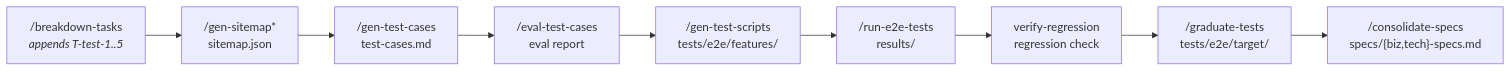
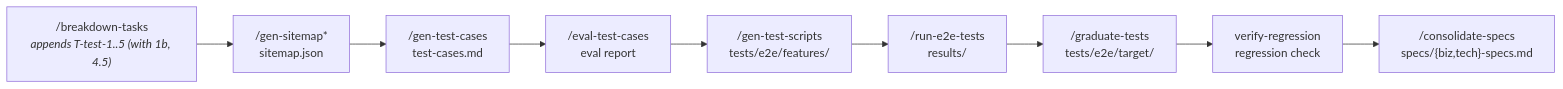
One commit to bigfaner/forge changed the second of 3 diagrams in plugins/forge/hooks/guide.md. Above: the diagram before and after it, drawn with Mermaid. The commit also changed other lines of this file and 13 other files, not shown here.

````diff
--- a/plugins/forge/hooks/guide.md
+++ b/plugins/forge/hooks/guide.md
@@ -52,11 +52,11 @@
 ```mermaid
 graph LR
-    F["/breakdown-tasks<br><i>appends T-test-1..5</i>"] --> T1["/gen-sitemap*<br>sitemap.json"]
+    F["/breakdown-tasks<br><i>appends T-test-1..5 (with 1b, 4.5)</i>"] --> T1["/gen-sitemap*<br>sitemap.json"]
     T1 --> T2["/gen-test-cases<br>test-cases.md"]
     T2 --> T2b["/eval-test-cases<br>eval report"]
     T2b --> T3["/gen-test-scripts<br>tests/e2e/features/"]
     T3 --> T4["/run-e2e-tests<br>results/"]
-    T4 --> T4b["verify-regression<br>regression check"]
-    T4b --> T5["/graduate-tests<br>tests/e2e/target/"]
-    T5 --> T6["/consolidate-specs<br>specs/{biz,tech}-specs.md"]
+    T4 --> T4b["/graduate-tests<br>tests/e2e/target/"]
+    T4b --> T4c["verify-regression<br>regression check"]
+    T4c --> T5["/consolidate-specs<br>specs/{biz,tech}-specs.md"]
 ```
````
